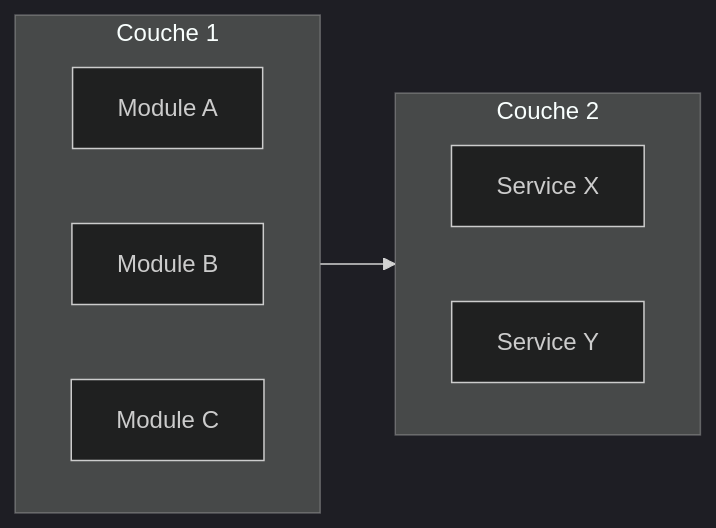
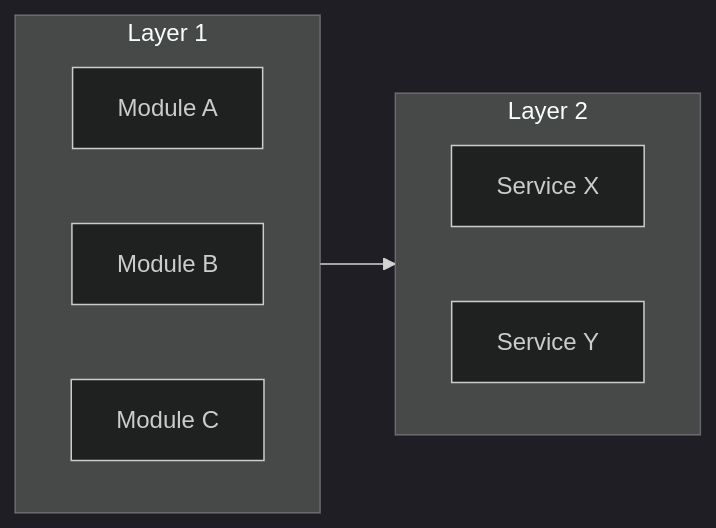
Diagram 16 of 17 in .claude/skills/diagram-generator/SKILL.md (julien-riel/research-and-presentation-team), drawn with Mermaid (dark theme) before and after one commit. The commit also changed other lines of this file and 17 other files, not shown here.

````diff
--- a/.claude/skills/diagram-generator/SKILL.md
+++ b/.claude/skills/diagram-generator/SKILL.md
@@ -515,15 +515,15 @@
 ```mermaid
 flowchart LR
-    subgraph L1["Couche 1"]
+    subgraph L1["Layer 1"]
         direction LR
         A1[Module A]
         A2[Module B]
         A3[Module C]
     end
-    subgraph L2["Couche 2"]
+    subgraph L2["Layer 2"]
         direction LR
         B1[Service X]
         B2[Service Y]
     end
     L1 --> L2
 ```
````
